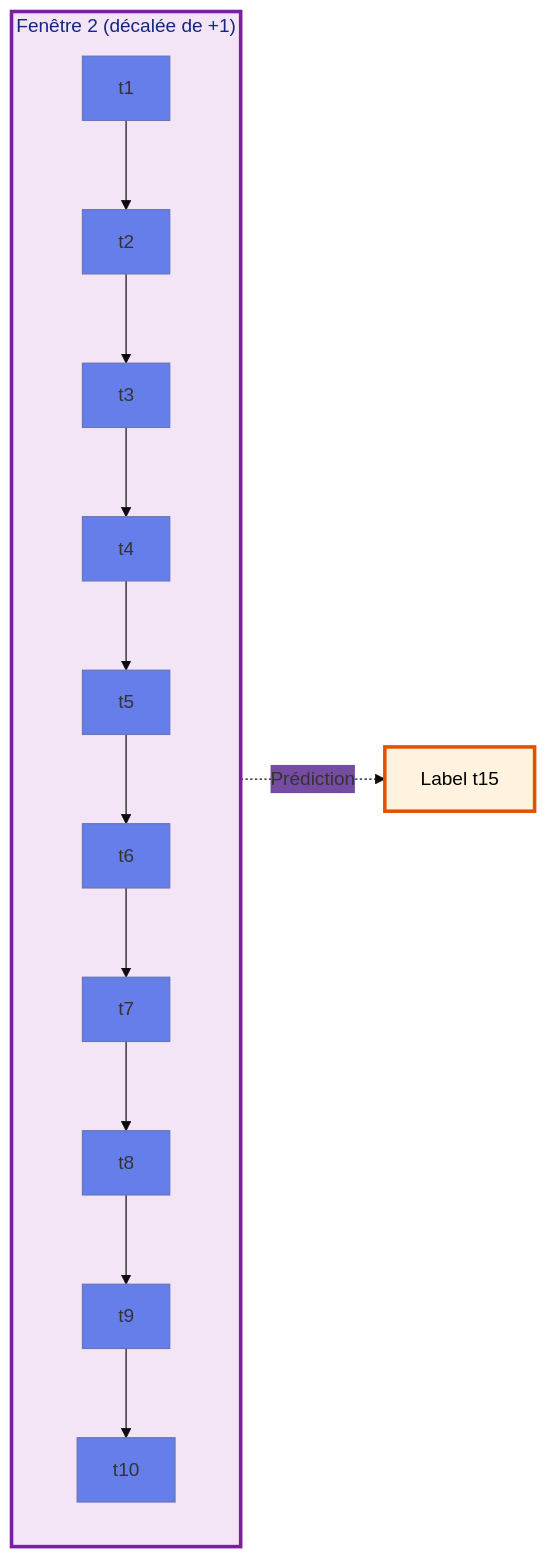
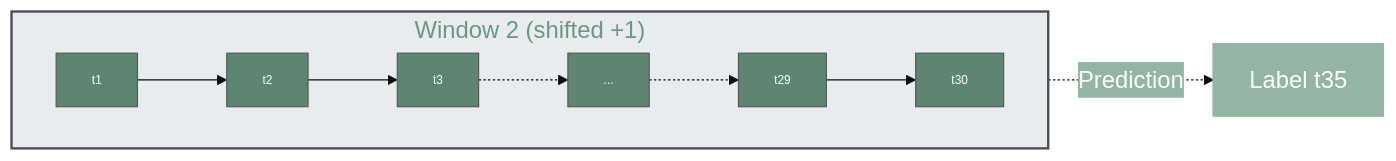
The second of 3 diagrams in README.md (tilleli/Ddos-attack-forecasting), drawn with Mermaid before and after one commit. The commit also changed other lines of this file, not shown here.

````diff
--- a/README.md
+++ b/README.md
@@ -63,12 +169,19 @@
 ```mermaid
-%%{init: {'theme':'base', 'themeVariables': { 'primaryColor':'#667eea','secondaryColor':'#764ba2'}}}%%
+%%{init: {'theme':'base', 'themeVariables': { 'primaryColor':'#5D8571','secondaryColor':'#94B5A3', 'fontSize':'20px', 'primaryTextColor':'#ffffff', 'secondaryTextColor':'#ffffff'}}}%%
 graph LR
-    subgraph Window2["Fenêtre 2 (décalée de +1)"]
-        B1[t1] --> B2[t2] --> B3[t3] --> B4[t4] --> B5[t5] --> B6[t6] --> B7[t7] --> B8[t8] --> B9[t9] --> B10[t10]
+    subgraph Window2["Window 2 (shifted +1)"]
+        direction LR
+        B1[t1] --> B2[t2] --> B3[t3] -.-> B4[...] -.-> B29[t29] --> B30[t30]
     end
     
-    Window2 -.->|Prédiction| P2[Label t15]
+    Window2 -.->|Prediction| P2[Label t35]
     
-    style Window2 fill:#f3e5f5,stroke:#7b1fa2,stroke-width:3px
-    style P2 fill:#fff3e0,stroke:#e65100,stroke-width:3px,color:#000
+    style Window2 fill:#e9ecef,stroke:#495057,stroke-width:2px, 'fontSize':'20px
+    style P2 fill:#94B5A3,stroke:#94B5A3,stroke-width:2px,color:#ffffff, 'fontSize':'20px
+    style B1 font-size:10px
+    style B2 font-size:10px
+    style B3 font-size:10px
+    style B4 font-size:10px
+    style B29 font-size:10px
+    style B30 font-size:10px
 ```
````
